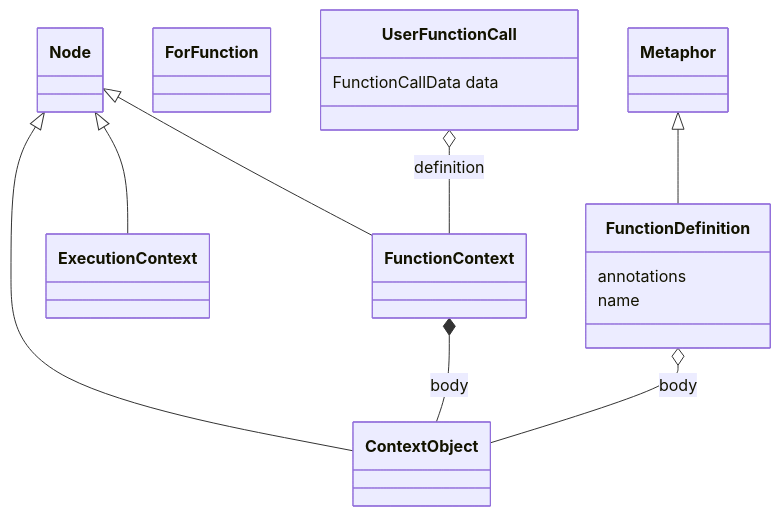
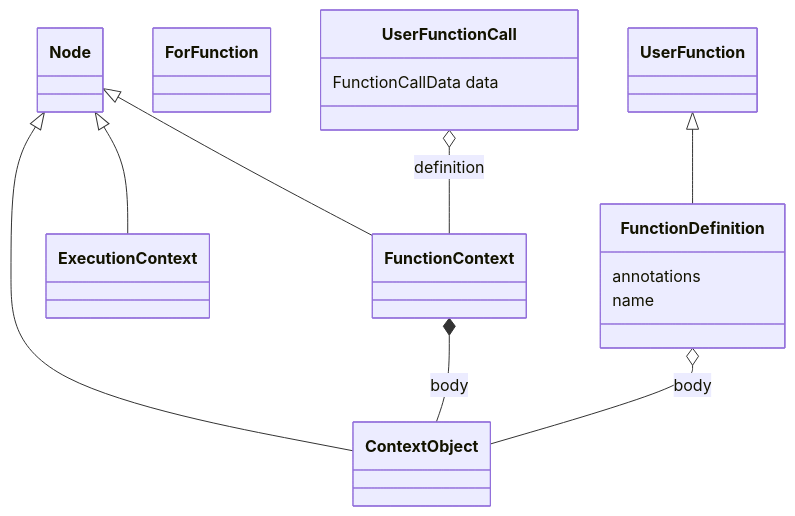
One commit to rimvydasb/edgerules changed the diagram in src/ast/context/!uml-functions.mermaid. Above: the diagram before and after it, drawn with Mermaid. The commit also changed 17 other files, not shown here.

```diff
--- a/src/ast/context/!uml-functions.mermaid
+++ b/src/ast/context/!uml-functions.mermaid
@@ -1,34 +1,34 @@
 classDiagram
     class FunctionContext {
     %% created during link
     }
 
     class UserFunctionCall {
         FunctionCallData data
     %% On last defined class
     %% va1 = userFunctionCall("a1")
     }
 
     class ContextObject
     class ExecutionContext
     class ForFunction
 
     class FunctionDefinition {
         annotations
         name
     %% userFunctionCall(a : string) : { ... }
     }
 
     class Node
-    class Metaphor
+    class UserFunction
 
 %% Inheritance
     Node <|-- FunctionContext
     Node <|-- ContextObject
     Node <|-- ExecutionContext
-    Metaphor <|-- FunctionDefinition
+    UserFunction <|-- FunctionDefinition
 
 %% Associations
     FunctionContext *-- ContextObject : body
     FunctionDefinition o-- ContextObject : body
     UserFunctionCall o-- FunctionContext : definition
```
